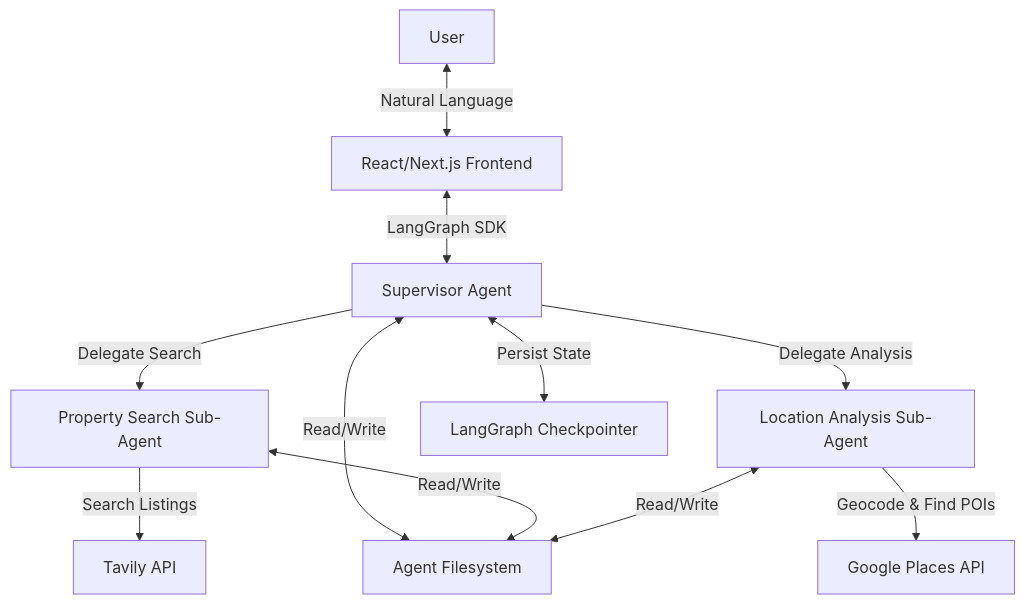
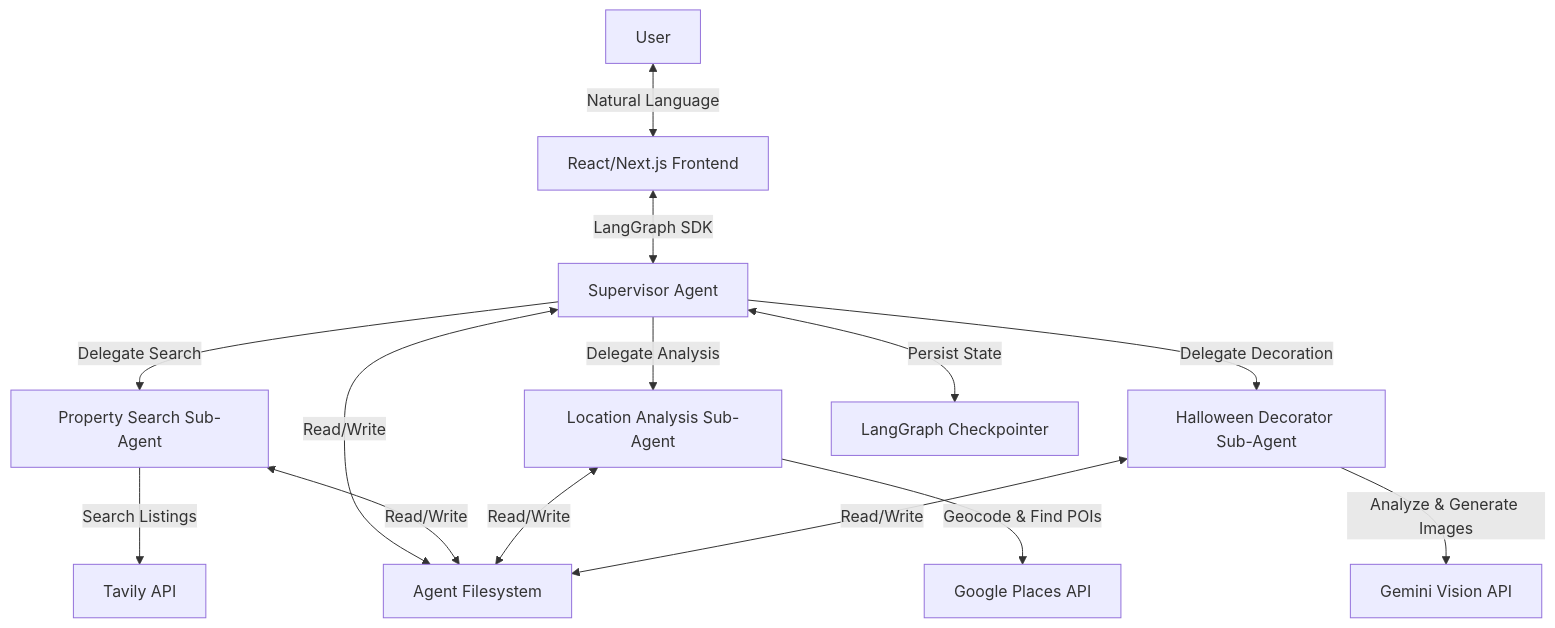
One commit to Emarhnuel/Real-Estate-AI-Agent changed the diagram in .kiro/specs/ai-real-estate-copilot/design.md. Above: the diagram before and after it, drawn with Mermaid. The commit also changed other lines of this file, not shown here.

Commit message:
docs: add Halloween Decorator agent to architecture diagram

````diff
--- a/.kiro/specs/ai-real-estate-copilot/design.md
+++ b/.kiro/specs/ai-real-estate-copilot/design.md
@@ -52,13 +52,16 @@
 ```mermaid
 graph TD
     User[User] <-->|Natural Language| Frontend[React/Next.js Frontend]
     Frontend <-->|LangGraph SDK| SupervisorAgent[Supervisor Agent]
     SupervisorAgent -->|Delegate Search| PropertySearchAgent[Property Search Sub-Agent]
     SupervisorAgent -->|Delegate Analysis| LocationAnalysisAgent[Location Analysis Sub-Agent]
+    SupervisorAgent -->|Delegate Decoration| HalloweenDecoratorAgent[Halloween Decorator Sub-Agent]
     PropertySearchAgent -->|Search Listings| TavilyAPI[Tavily API]
     LocationAnalysisAgent -->|Geocode & Find POIs| GooglePlacesAPI[Google Places API]
+    HalloweenDecoratorAgent -->|Analyze & Generate Images| GeminiAPI[Gemini Vision API]
     SupervisorAgent <-->|Read/Write| Filesystem[Agent Filesystem]
     PropertySearchAgent <-->|Read/Write| Filesystem
     LocationAnalysisAgent <-->|Read/Write| Filesystem
+    HalloweenDecoratorAgent <-->|Read/Write| Filesystem
     SupervisorAgent <-->|Persist State| Checkpointer[LangGraph Checkpointer]
 ```
````
